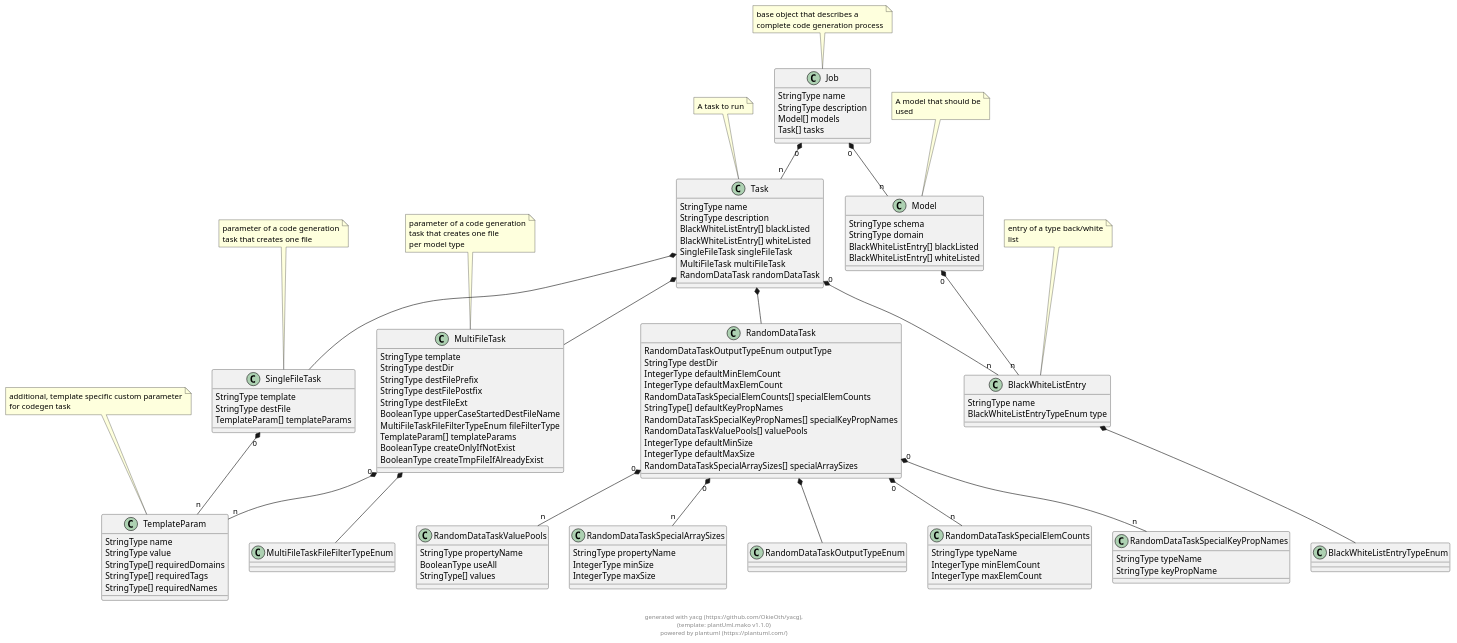
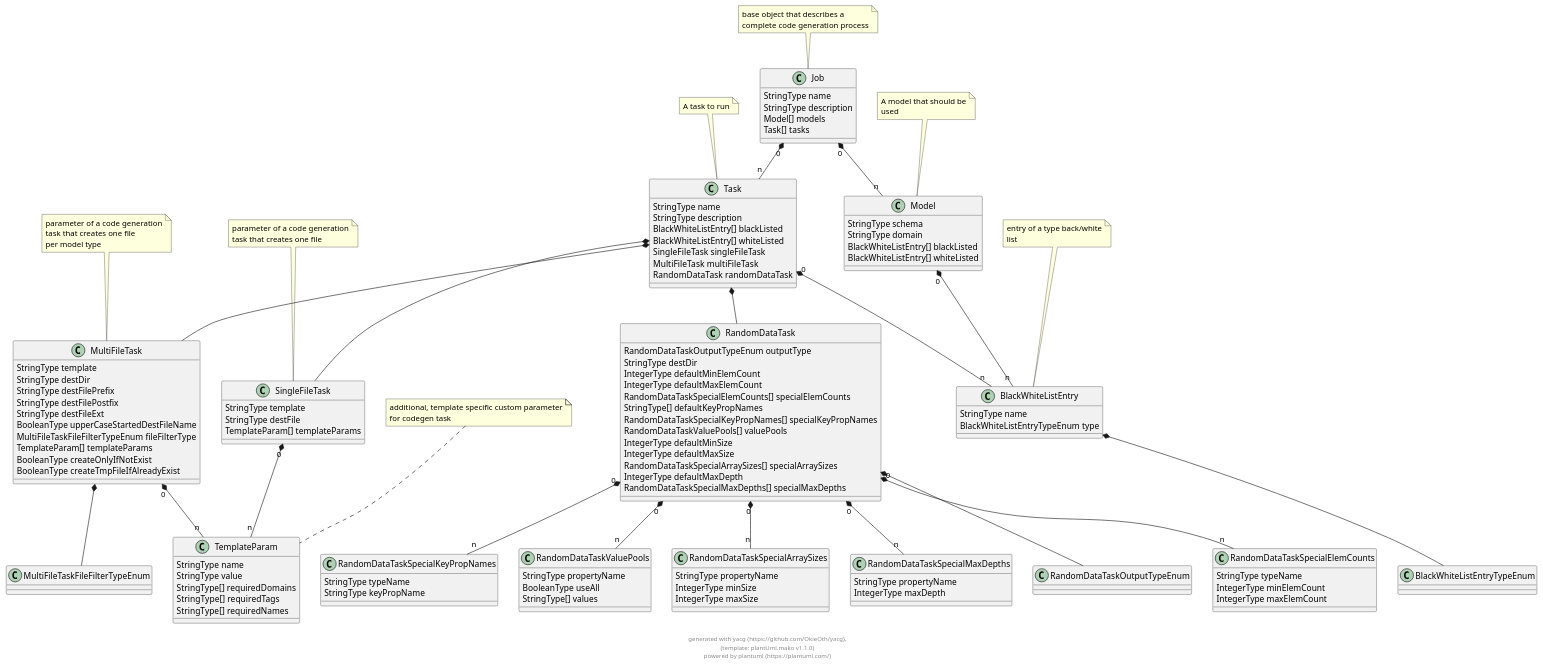
The diagram in docs/puml/yacg_config_schema.puml (OkieOth/yacg), drawn with PlantUML before and after one commit. The commit also changed 3 other files, not shown here.

```diff
--- a/docs/puml/yacg_config_schema.puml
+++ b/docs/puml/yacg_config_schema.puml
@@ -2,177 +2,188 @@
 @startuml
 
 class Job {
     StringType name 
     StringType description 
     Model[] models 
     Task[] tasks 
 }
  
 note top: base object that describes a\ncomplete code generation process
 
 class Model {
     StringType schema 
     StringType domain 
     BlackWhiteListEntry[] blackListed 
     BlackWhiteListEntry[] whiteListed 
 }
  
 note top: A model that should be\nused
 
 class Task {
     StringType name 
     StringType description 
     BlackWhiteListEntry[] blackListed 
     BlackWhiteListEntry[] whiteListed 
     SingleFileTask singleFileTask 
     MultiFileTask multiFileTask 
     RandomDataTask randomDataTask 
 }
  
 note top: A task to run
 
 class BlackWhiteListEntry {
     StringType name 
     BlackWhiteListEntryTypeEnum type 
 }
  
 note top: entry of a type back/white\nlist
 
 class BlackWhiteListEntryTypeEnum {
 }
  
 
 class SingleFileTask {
     StringType template 
     StringType destFile 
     TemplateParam[] templateParams 
 }
  
 note top: parameter of a code generation\ntask that creates one file
 
 class TemplateParam {
     StringType name 
     StringType value 
     StringType[] requiredDomains 
     StringType[] requiredTags 
     StringType[] requiredNames 
 }
  
 note top: additional, template specific custom parameter\nfor codegen task
 
 class MultiFileTask {
     StringType template 
     StringType destDir 
     StringType destFilePrefix 
     StringType destFilePostfix 
     StringType destFileExt 
     BooleanType upperCaseStartedDestFileName 
     MultiFileTaskFileFilterTypeEnum fileFilterType 
     TemplateParam[] templateParams 
     BooleanType createOnlyIfNotExist 
     BooleanType createTmpFileIfAlreadyExist 
 }
  
 note top: parameter of a code generation\ntask that creates one file\nper model type
 
 class MultiFileTaskFileFilterTypeEnum {
 }
  
 
 class RandomDataTask {
     RandomDataTaskOutputTypeEnum outputType 
     StringType destDir 
     IntegerType defaultMinElemCount 
     IntegerType defaultMaxElemCount 
     RandomDataTaskSpecialElemCounts[] specialElemCounts 
     StringType[] defaultKeyPropNames 
     RandomDataTaskSpecialKeyPropNames[] specialKeyPropNames 
     RandomDataTaskValuePools[] valuePools 
     IntegerType defaultMinSize 
     IntegerType defaultMaxSize 
     RandomDataTaskSpecialArraySizes[] specialArraySizes 
+    IntegerType defaultMaxDepth 
+    RandomDataTaskSpecialMaxDepths[] specialMaxDepths 
 }
  
 
 class RandomDataTaskOutputTypeEnum {
 }
  
 
 class RandomDataTaskSpecialElemCounts {
     StringType typeName 
     IntegerType minElemCount 
     IntegerType maxElemCount 
 }
  
 
 class RandomDataTaskSpecialKeyPropNames {
     StringType typeName 
     StringType keyPropName 
 }
  
 
 class RandomDataTaskValuePools {
     StringType propertyName 
     BooleanType useAll 
     StringType[] values 
 }
  
 
 class RandomDataTaskSpecialArraySizes {
     StringType propertyName 
     IntegerType minSize 
     IntegerType maxSize 
+}
+ 
+
+class RandomDataTaskSpecialMaxDepths {
+    StringType propertyName 
+    IntegerType maxDepth 
 }
  
 
 
     
 Job "0" *-- "n" Model        
             
 Job "0" *-- "n" Task        
             
     
 Model "0" *-- "n" BlackWhiteListEntry        
             
     
 Task "0" *-- "n" BlackWhiteListEntry        
             
 Task  *--  SingleFileTask        
             
 Task  *--  MultiFileTask        
             
 Task  *--  RandomDataTask        
             
     
 BlackWhiteListEntry  *--  BlackWhiteListEntryTypeEnum        
             
     
     
 SingleFileTask "0" *-- "n" TemplateParam        
             
     
     
 MultiFileTask  *--  MultiFileTaskFileFilterTypeEnum        
             
 MultiFileTask "0" *-- "n" TemplateParam        
             
     
     
 RandomDataTask  *--  RandomDataTaskOutputTypeEnum        
             
 RandomDataTask "0" *-- "n" RandomDataTaskSpecialElemCounts        
             
 RandomDataTask "0" *-- "n" RandomDataTaskSpecialKeyPropNames        
             
 RandomDataTask "0" *-- "n" RandomDataTaskValuePools        
             
 RandomDataTask "0" *-- "n" RandomDataTaskSpecialArraySizes        
             
+RandomDataTask "0" *-- "n" RandomDataTaskSpecialMaxDepths        
+            
+    
     
     
     
     
     
 
 footer \ngenerated with yacg (https://github.com/OkieOth/yacg),\n(template: plantUml.mako v1.1.0)\npowered by plantuml (https://plantuml.com/)
 @enduml
```
